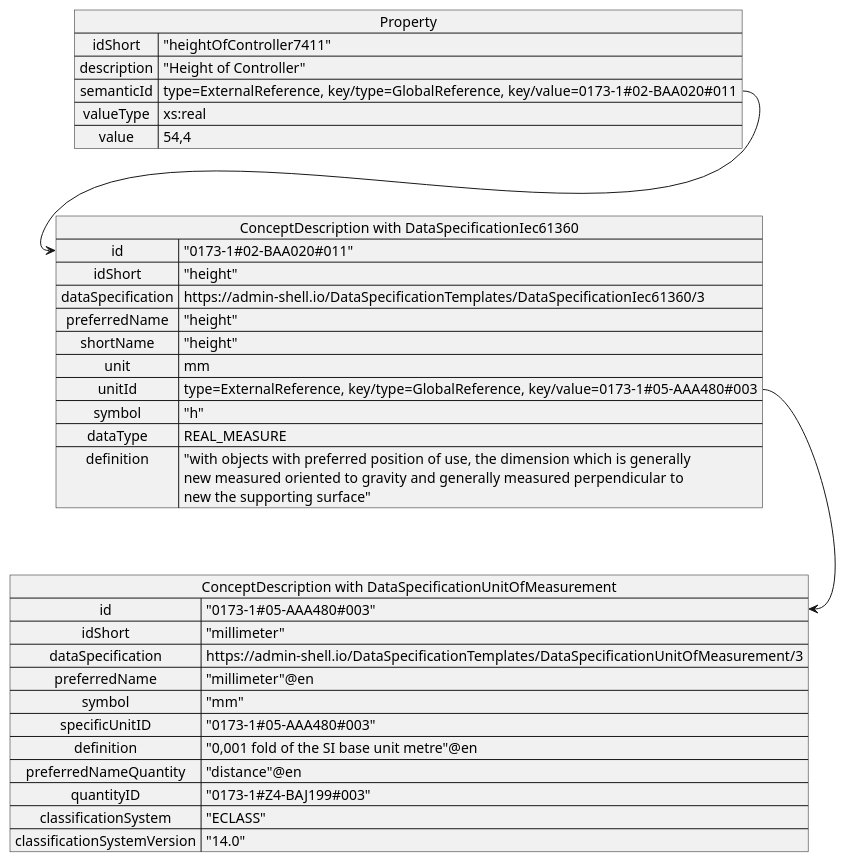
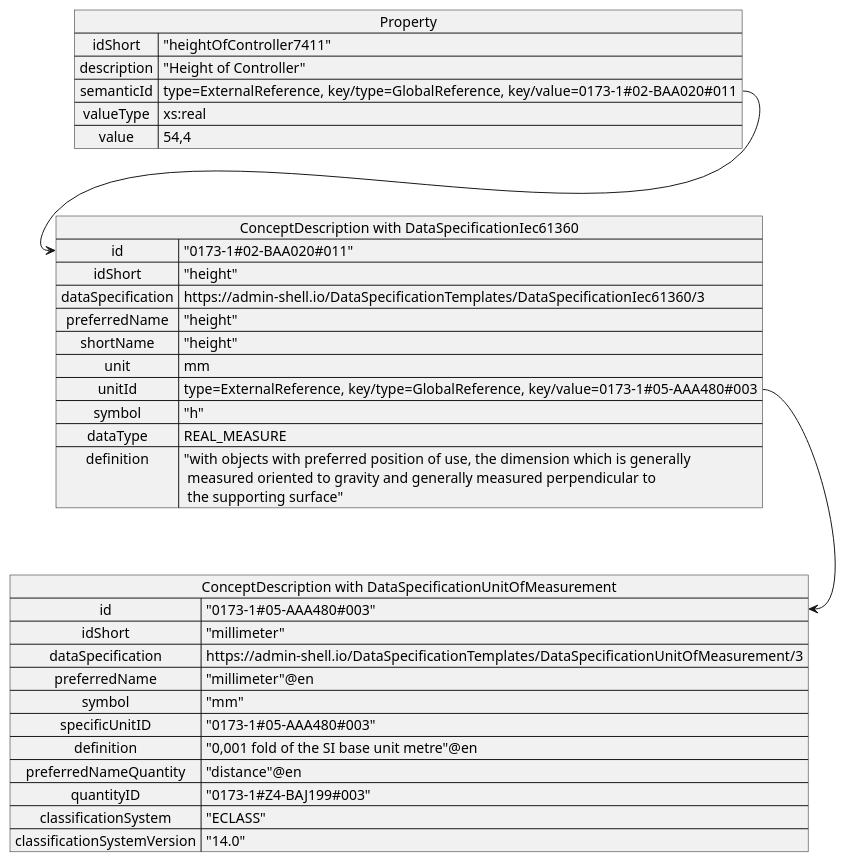
Before and after one commit to admin-shell-io/aas-specs-measurement-units: the second of 3 diagrams in documentation/IDTA-01003-b/modules/ROOT/pages/introduction.adoc, drawn with PlantUML. The commit also changed other lines of this file, not shown here.

```diff
--- a/documentation/IDTA-01003-b/modules/ROOT/pages/introduction.adoc
+++ b/documentation/IDTA-01003-b/modules/ROOT/pages/introduction.adoc
@@ -180,43 +180,43 @@
 [plantuml, image-ex-dataspecification-UoM, svg]
 ....
 @startuml
 map Property {
     idShort => "heightOfController7411"
     description => "Height of Controller"
     semanticId => type=ExternalReference, key/type=GlobalReference, key/value=0173-1#02-BAA020#011
     valueType => xs:real
     value => 54,4
 }
 
 map  "ConceptDescription with DataSpecificationIec61360" as ConceptDescription_with_DataSpecificationIec61360{
   id => "0173-1#02-BAA020#011"
   idShort => "height"
   dataSpecification => https://admin-shell.io/DataSpecificationTemplates/DataSpecificationIec61360/3
   preferredName  => "height"
   shortName => "height"
   unit => mm
   unitId => type=ExternalReference, key/type=GlobalReference, key/value=0173-1#05-AAA480#003
   symbol => "h"
   dataType => REAL_MEASURE
-  definition => "with objects with preferred position of use, the dimension which is generally \nnew measured oriented to gravity and generally measured perpendicular to \nnew the supporting surface"
+  definition => "with objects with preferred position of use, the dimension which is generally \n measured oriented to gravity and generally measured perpendicular to \n the supporting surface"
 }
 
 map "ConceptDescription with DataSpecificationUnitOfMeasurement" as ConceptDescription_with_DataSpecificationUnitOfMeasurement {
   id => "0173-1#05-AAA480#003"
   idShort => "millimeter"
   dataSpecification => https://admin-shell.io/DataSpecificationTemplates/DataSpecificationUnitOfMeasurement/3
   preferredName => "millimeter"@en
   symbol => "mm"
   specificUnitID => "0173-1#05-AAA480#003"
   definition => "0,001 fold of the SI base unit metre"@en
   preferredNameQuantity => "distance"@en
   quantityID => "0173-1#Z4-BAJ199#003"
   classificationSystem => "ECLASS"
   classificationSystemVersion => "14.0"
 }
 
  Property::semanticId --> ConceptDescription_with_DataSpecificationIec61360::id
  ConceptDescription_with_DataSpecificationIec61360::unitId --> ConceptDescription_with_DataSpecificationUnitOfMeasurement::id
 
 @enduml
 ....
```
